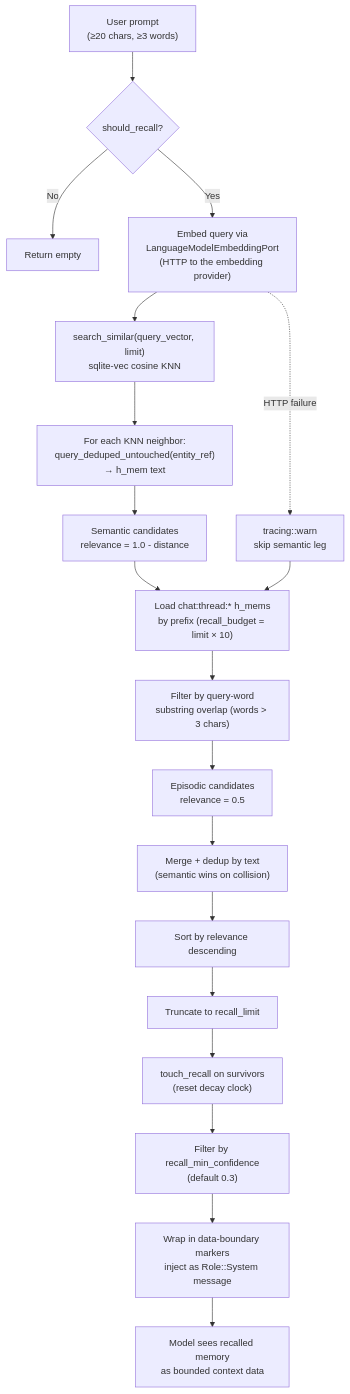
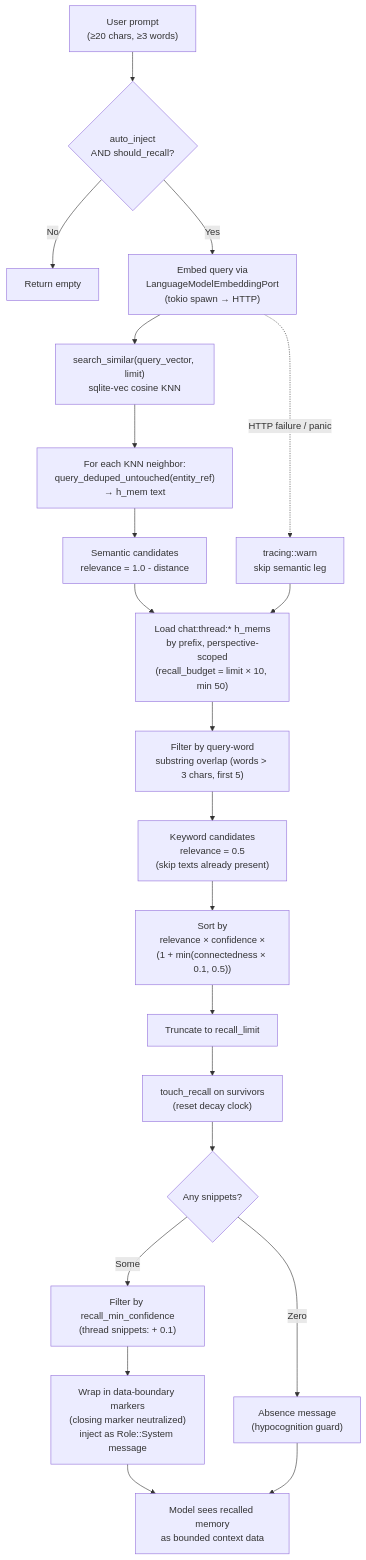
One commit to mdz-axo/zed-kask changed the diagram in kask/docs/diagrams/flowchart-memory-recall.md. Above: the diagram before and after it, drawn with Mermaid. The commit also changed other lines of this file and 34 other files, not shown here.

````diff
--- a/kask/docs/diagrams/flowchart-memory-recall.md
+++ b/kask/docs/diagrams/flowchart-memory-recall.md
@@ -24,24 +30,26 @@
 ```mermaid
 flowchart TD
-    Prompt["User prompt<br/>(≥20 chars, ≥3 words)"] --> Gate{"should_recall?"}
+    Prompt["User prompt<br/>(≥20 chars, ≥3 words)"] --> Gate{"auto_inject<br/>AND should_recall?"}
     Gate -- "No" --> Empty["Return empty"]
-    Gate -- "Yes" --> Embed["Embed query via<br/>LanguageModelEmbeddingPort<br/>(HTTP to the embedding provider)"]
+    Gate -- "Yes" --> Embed["Embed query via<br/>LanguageModelEmbeddingPort<br/>(tokio spawn → HTTP)"]
     Embed --> KNN["search_similar(query_vector, limit)<br/>sqlite-vec cosine KNN"]
     KNN --> Join["For each KNN neighbor:<br/>query_deduped_untouched(entity_ref)<br/>→ h_mem text"]
     Join --> SemanticCandidates["Semantic candidates<br/>relevance = 1.0 - distance"]
 
-    SemanticCandidates --> LoadEpisodic["Load chat:thread:* h_mems<br/>by prefix (recall_budget = limit × 10)"]
-    LoadEpisodic --> Keyword["Filter by query-word<br/>substring overlap (words > 3 chars)"]
-    Keyword --> EpisodicCandidates["Episodic candidates<br/>relevance = 0.5"]
+    SemanticCandidates --> LoadPrefix["Load chat:thread:* h_mems<br/>by prefix, perspective-scoped<br/>(recall_budget = limit × 10, min 50)"]
+    LoadPrefix --> Keyword["Filter by query-word<br/>substring overlap (words > 3 chars, first 5)"]
+    Keyword --> KeywordCandidates["Keyword candidates<br/>relevance = 0.5<br/>(skip texts already present)"]
 
-    EpisodicCandidates --> Dedup["Merge + dedup by text<br/>(semantic wins on collision)"]
-    Dedup --> Sort["Sort by relevance descending"]
+    KeywordCandidates --> Sort["Sort by<br/>relevance × confidence ×<br/>(1 + min(connectedness × 0.1, 0.5))"]
     Sort --> Truncate["Truncate to recall_limit"]
     Truncate --> Touch["touch_recall on survivors<br/>(reset decay clock)"]
-    Touch --> Filter["Filter by recall_min_confidence<br/>(default 0.3)"]
-    Filter --> Inject["Wrap in data-boundary markers<br/>inject as Role::System message"]
+    Touch --> Result{"Any snippets?"}
+    Result -- "Zero" --> Absence["Absence message<br/>(hypocognition guard)"]
+    Result -- "Some" --> Filter["Filter by recall_min_confidence<br/>(thread snippets: + 0.1)"]
+    Filter --> Inject["Wrap in data-boundary markers<br/>(closing marker neutralized)<br/>inject as Role::System message"]
     Inject --> Model["Model sees recalled memory<br/>as bounded context data"]
+    Absence --> Model
 
-    Embed -.->|"HTTP failure"| EmbedFail["tracing::warn<br/>skip semantic leg"]
-    EmbedFail --> LoadEpisodic
+    Embed -.->|"HTTP failure / panic"| EmbedFail["tracing::warn<br/>skip semantic leg"]
+    EmbedFail --> LoadPrefix
 ```
````
